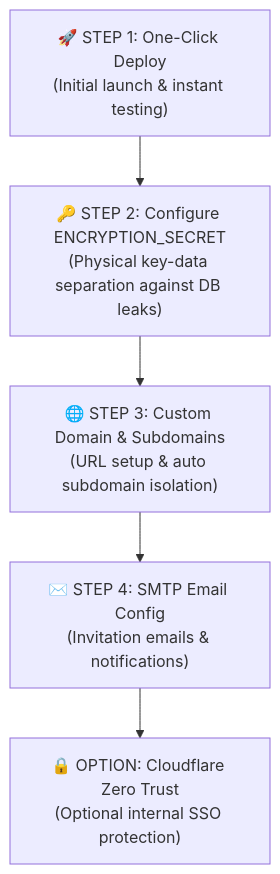
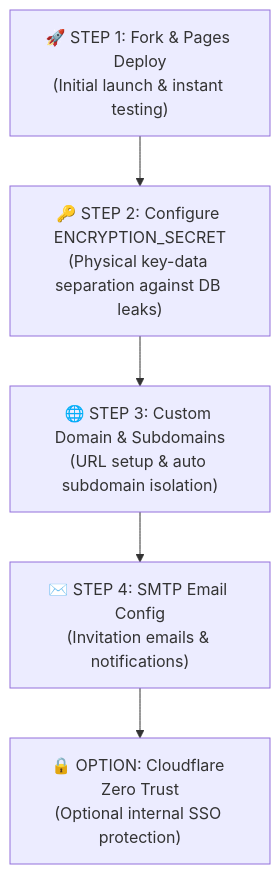
One commit to cohive-tms/cohive-cloudflare changed the diagram in README.md. Above: the diagram before and after it, drawn with Mermaid. The commit also changed other lines of this file and 4 other files, not shown here.

````diff
--- a/README.md
+++ b/README.md
@@ -44,7 +58,7 @@
 ```mermaid
 flowchart TD
-    Step1["🚀 STEP 1: One-Click Deploy<br/>(Initial launch & instant testing)"] --> Step2["🔑 STEP 2: Configure ENCRYPTION_SECRET<br/>(Physical key-data separation against DB leaks)"]
+    Step1["🚀 STEP 1: Fork & Pages Deploy<br/>(Initial launch & instant testing)"] --> Step2["🔑 STEP 2: Configure ENCRYPTION_SECRET<br/>(Physical key-data separation against DB leaks)"]
     Step2 --> Step3["🌐 STEP 3: Custom Domain & Subdomains<br/>(URL setup & auto subdomain isolation)"]
     Step3 --> Step4["✉️ STEP 4: SMTP Email Config<br/>(Invitation emails & notifications)"]
     Step4 --> Option["🔒 OPTION: Cloudflare Zero Trust<br/>(Optional internal SSO protection)"]
 ```
````
